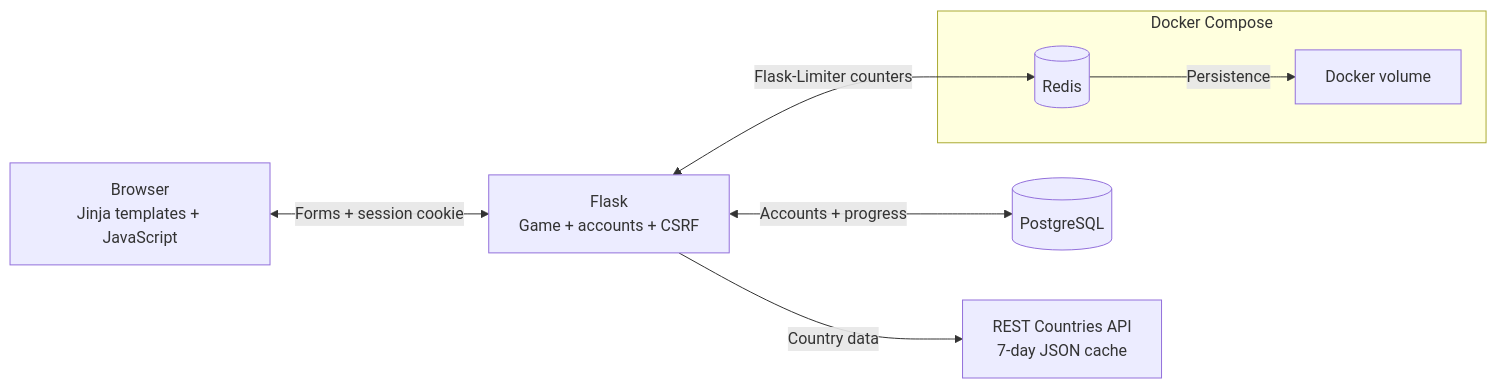
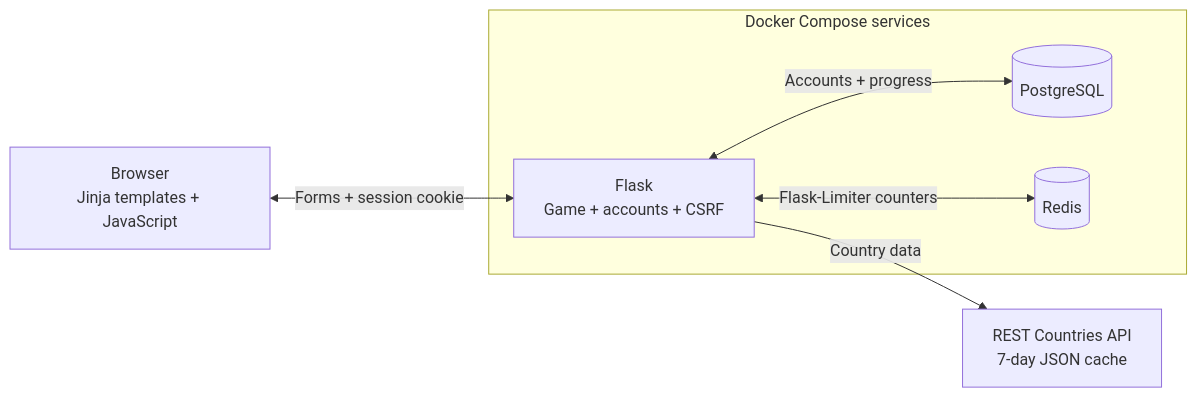
One commit to jakubbarak2001/CountryBattleRoyale changed the diagram in README.MD. Above: the diagram before and after it, drawn with Mermaid. The commit also changed other lines of this file, not shown here.

Commit message:
docs: highlight live hosting and current architecture

````diff
--- a/README.MD
+++ b/README.MD
@@ -22,11 +33,12 @@
 ```mermaid
 flowchart LR
-    Browser["Browser<br/>Jinja templates + JavaScript"] <-->|"Forms + session cookie"| Flask["Flask<br/>Game + accounts + CSRF"]
-    Flask <-->|"Accounts + progress"| Postgres[(PostgreSQL)]
+    Browser["Browser<br/>Jinja templates + JavaScript"] <-->|"Forms + session cookie"| Flask
+    subgraph Compose["Docker Compose services"]
+        Flask["Flask<br/>Game + accounts + CSRF"]
+        Postgres[(PostgreSQL)]
+        Redis[(Redis)]
+    end
+    Flask <-->|"Accounts + progress"| Postgres
     Flask -->|"Country data"| Countries["REST Countries API<br/>7-day JSON cache"]
     Flask <-->|"Flask-Limiter counters"| Redis
-    subgraph Compose["Docker Compose"]
-        Redis[(Redis)]
-        Redis -->|"Persistence"| Data["Docker volume"]
-    end
 ```
````
